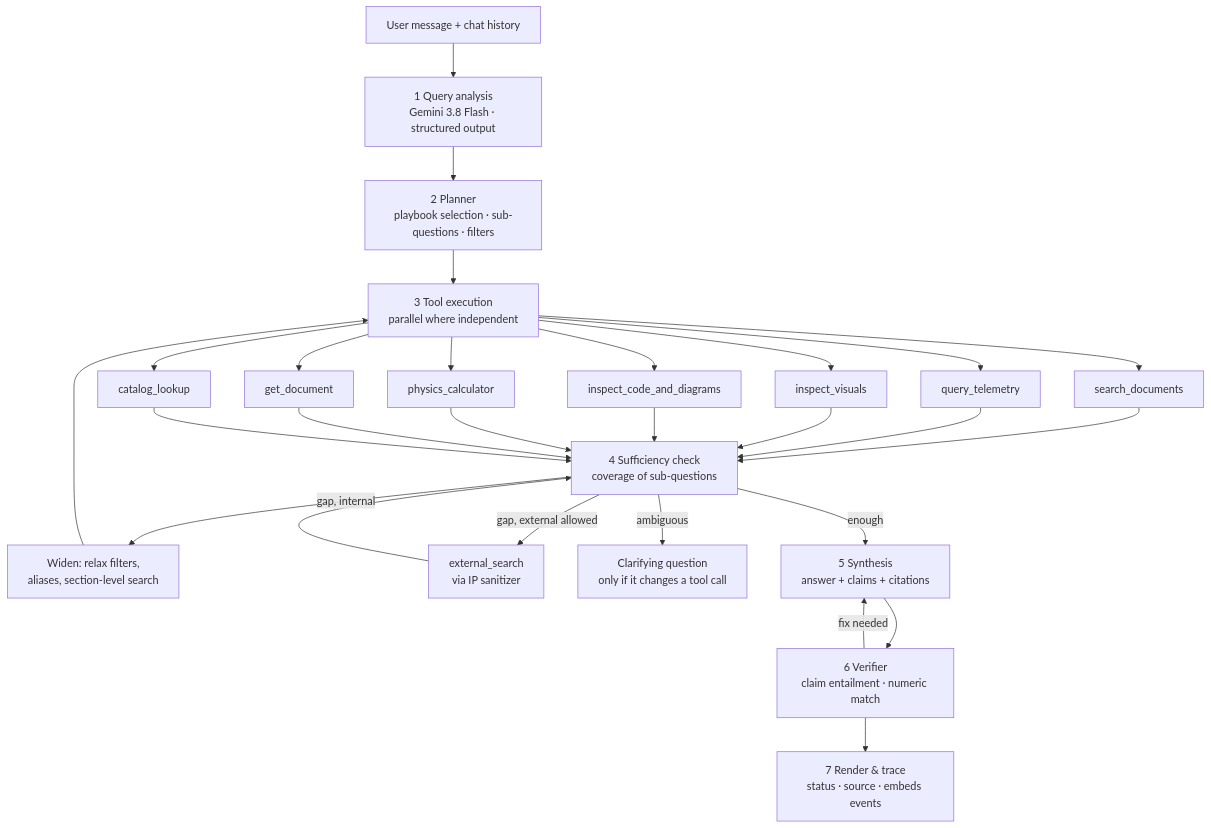
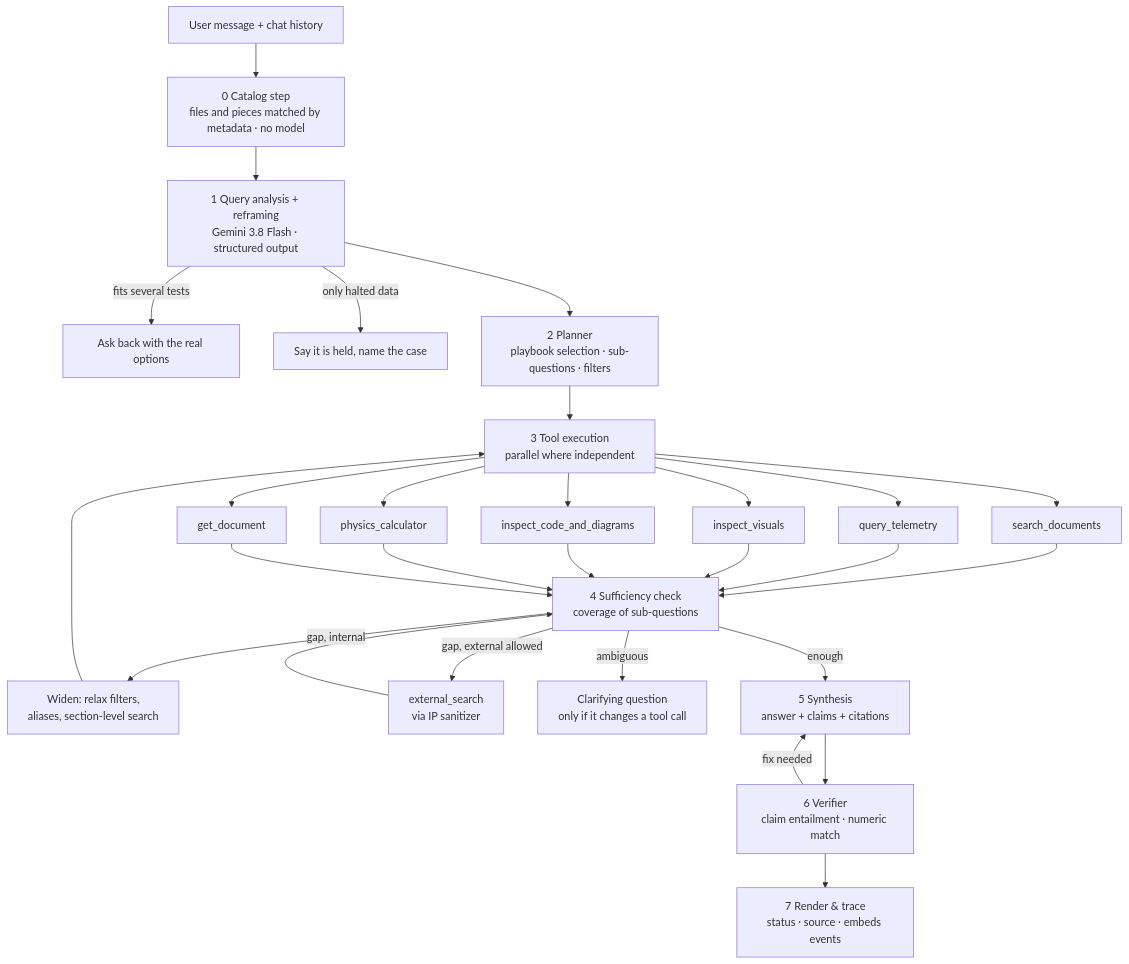
The diagram in docs/architecture/07_phase3_answer_engine.md (SwarajDarekar-Manastu/DCL_v2), drawn with Mermaid before and after one commit. The commit also changed other lines of this file and 49 other files, not shown here.

First line of the commit message:
feat: metadata in search — labels, piece headers, file cards, catalog step that reframes or asks back

````diff
--- a/docs/architecture/07_phase3_answer_engine.md
+++ b/docs/architecture/07_phase3_answer_engine.md
@@ -15,23 +15,25 @@
 ```mermaid
 flowchart TD
-    Q[User message + chat history] --> QA[1 Query analysis<br/>Gemini 3.8 Flash · structured output]
+    Q[User message + chat history] --> CT[0 Catalog step<br/>files and pieces matched by metadata · no model]
+    CT --> QA[1 Query analysis + reframing<br/>Gemini 3.8 Flash · structured output]
+    QA -->|fits several tests| CL0[Ask back with the real options]
+    QA -->|only halted data| HD[Say it is held, name the case]
     QA --> PL[2 Planner<br/>playbook selection · sub-questions · filters]
     PL --> EX[3 Tool execution<br/>parallel where independent]
     EX --> T1[search_documents]
     EX --> T2[query_telemetry]
     EX --> T3[inspect_visuals]
     EX --> T4[inspect_code_and_diagrams]
     EX --> T5[physics_calculator]
     EX --> U1[get_document]
-    EX --> U2[catalog_lookup]
-    T1 & T2 & T3 & T4 & T5 & U1 & U2 --> SC[4 Sufficiency check<br/>coverage of sub-questions]
+    T1 & T2 & T3 & T4 & T5 & U1 --> SC[4 Sufficiency check<br/>coverage of sub-questions]
     SC -->|gap, internal| WD[Widen: relax filters,<br/>aliases, section-level search]
     WD --> EX
     SC -->|gap, external allowed| T6[external_search<br/>via IP sanitizer]
     T6 --> SC
     SC -->|ambiguous| CL[Clarifying question<br/>only if it changes a tool call]
     SC -->|enough| SY[5 Synthesis<br/>answer + claims + citations]
     SY --> VF[6 Verifier<br/>claim entailment · numeric match]
     VF -->|fix needed| SY
     VF --> RD[7 Render & trace<br/>status · source · embeds events]
 ```
````
